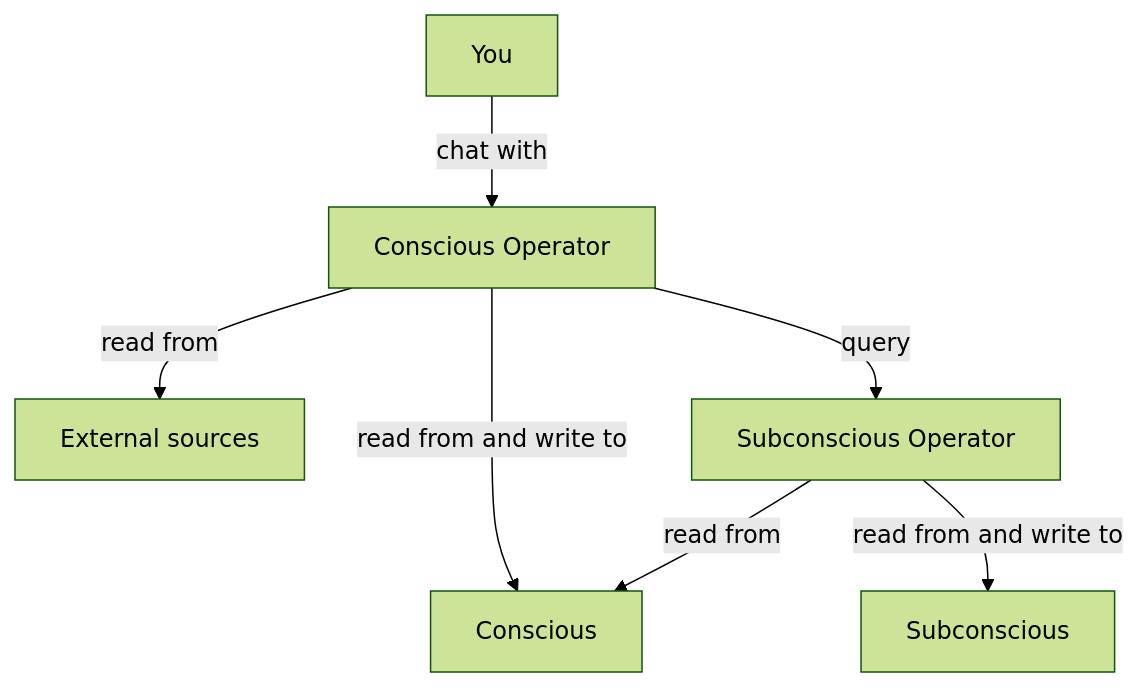
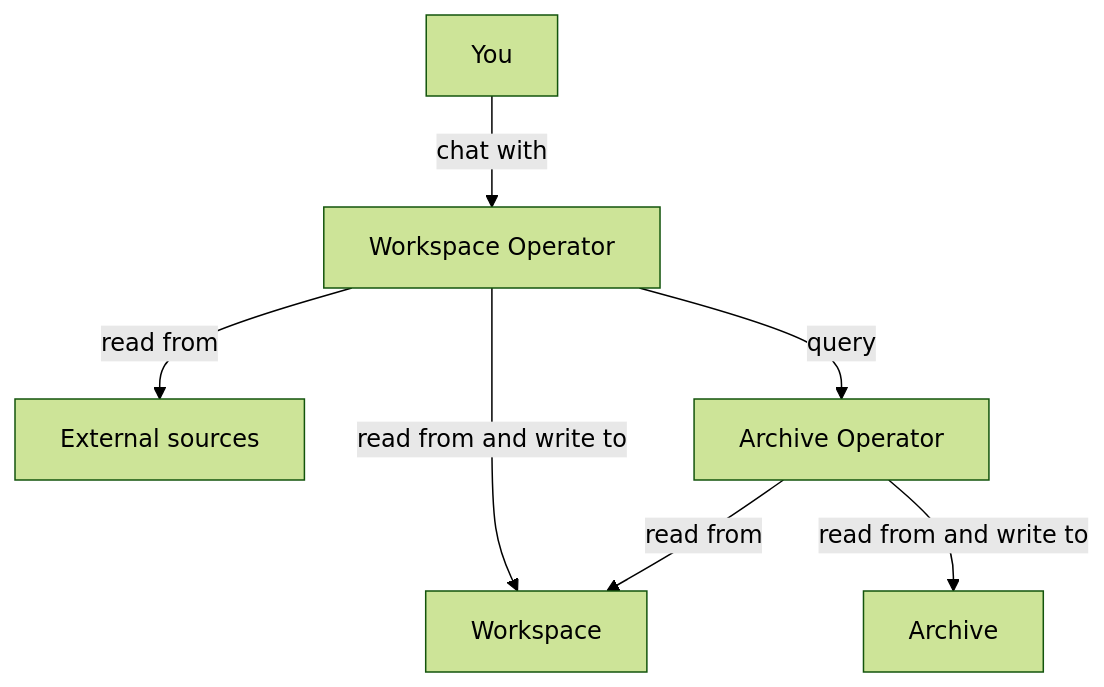
The first of 3 diagrams in README.md (cl3t0/mentatus), drawn with Mermaid (forest theme) before and after one commit. The commit also changed other lines of this file, not shown here.

Commit message:
feat: cons and sub to workspace and archive

````diff
--- a/README.md
+++ b/README.md
@@ -14,9 +14,9 @@
 ```mermaid
 graph
-    You -->|chat with| Conscious_Operator[Conscious Operator]
-    Conscious_Operator -->|read from and write to| Conscious[Conscious]
-    Conscious_Operator -->|read from| External_sources[External sources]
-    Conscious_Operator -->|query| Subconscious_Operator[Subconscious Operator]
-    Subconscious_Operator -->|read from and write to| Subconscious
-    Subconscious_Operator -->|read from| Conscious
+    You -->|chat with| Workspace_Operator[Workspace Operator]
+    Workspace_Operator -->|read from and write to| Workspace
+    Workspace_Operator -->|read from| External_sources[External sources]
+    Workspace_Operator -->|query| Archive_Operator[Archive Operator]
+    Archive_Operator -->|read from and write to| Archive
+    Archive_Operator -->|read from| Workspace
 ```
````
